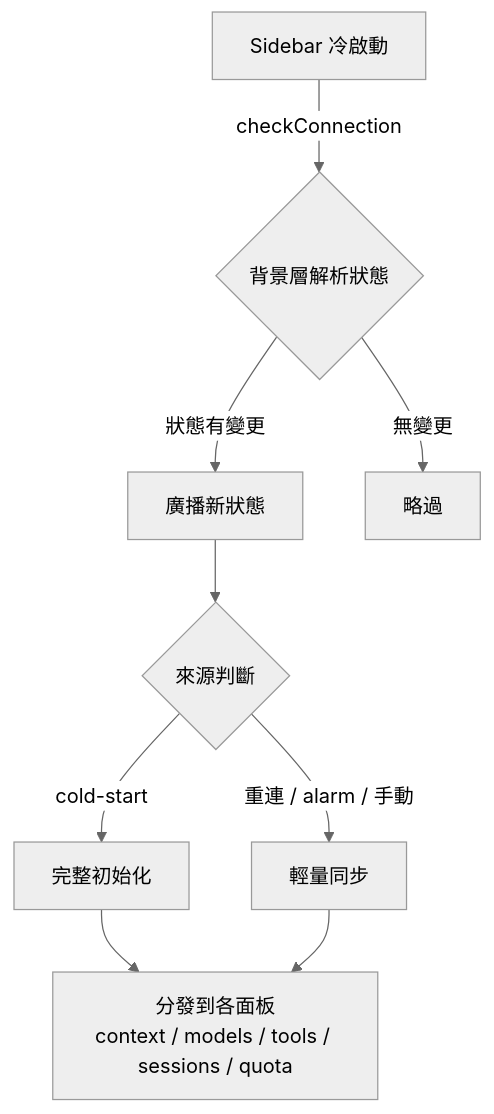
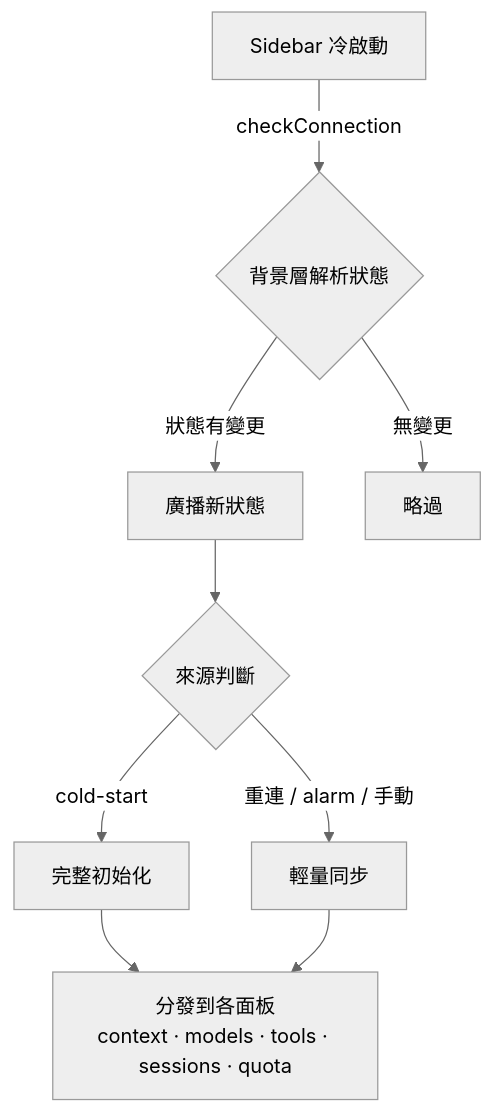
The fifth of 9 diagrams in docs/architecture.md (payton-chou-ms/browser-ext-for-iq-agent), drawn with Mermaid (neutral theme) before and after one commit. The commit also changed other lines of this file and 8 other files, not shown here.

First line of the commit message:
feat: Enhance architecture documentation and add image serving capability

````diff
--- a/docs/architecture.md
+++ b/docs/architecture.md
@@ -166,11 +245,11 @@
 ```mermaid
 flowchart TD
   A[Sidebar 冷啟動] -->|checkConnection| B{背景層解析狀態}
   B -->|狀態有變更| C[廣播新狀態]
   B -->|無變更| D[略過]
   C --> E{來源判斷}
   E -->|cold-start| F[完整初始化]
   E -->|重連 / alarm / 手動| G[輕量同步]
-  F --> H[分發到各面板\ncontext / models / tools / sessions / quota]
+  F --> H[分發到各面板<br/>context · models · tools · sessions · quota]
   G --> H
 ```
````
